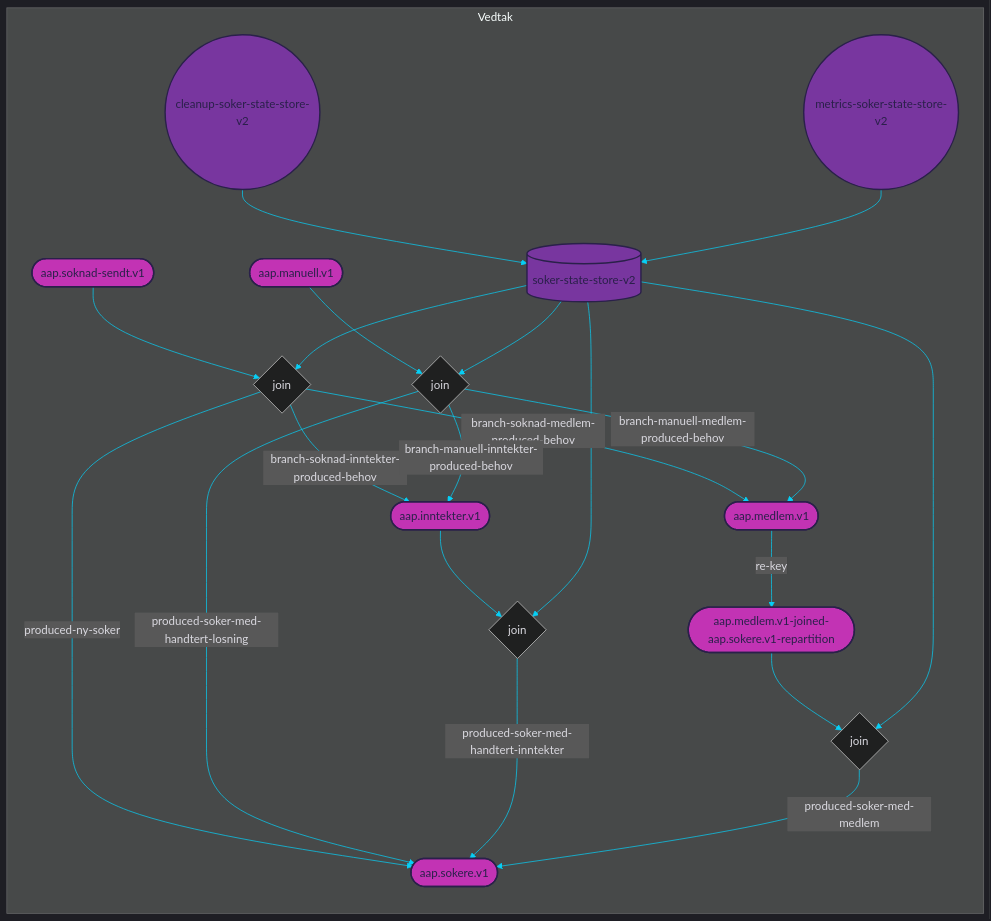
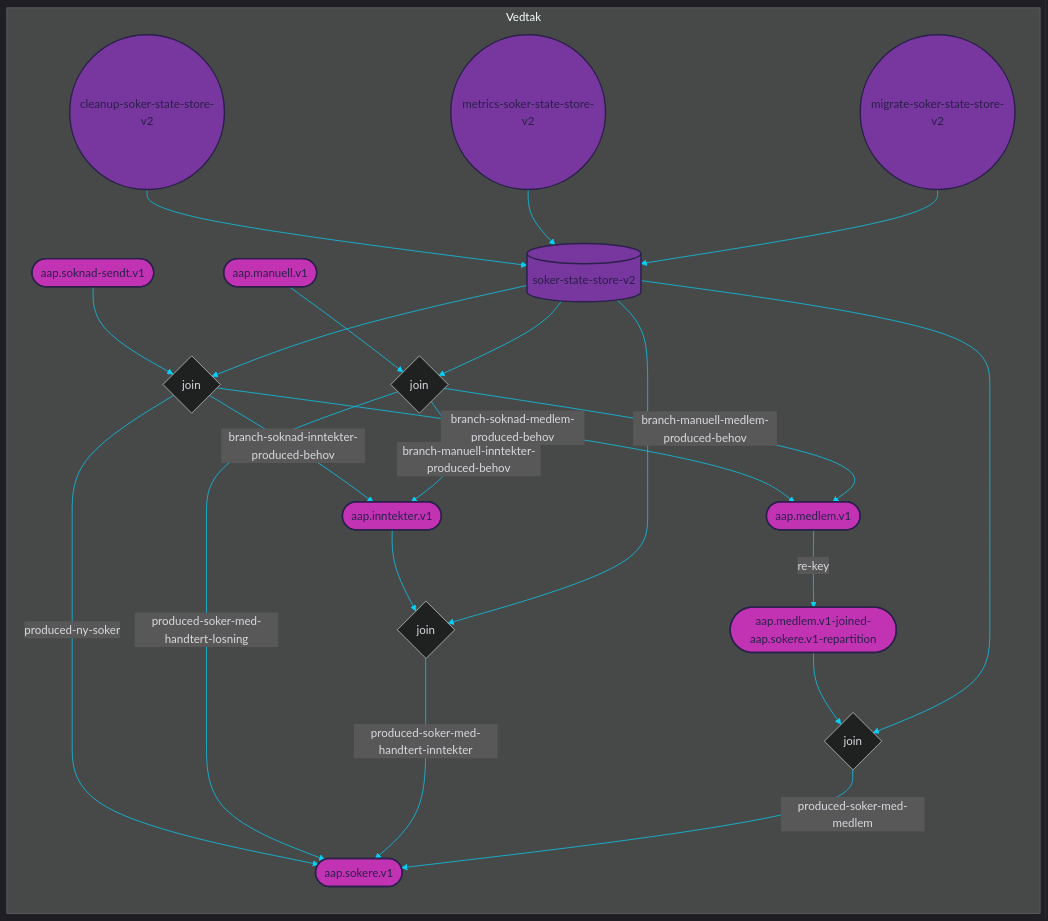
The diagram in doc/topology.mermaid (navikt/aap-vedtak), drawn with Mermaid before and after one commit. The commit also changed 2 other files, not shown here.

Commit message:
forsøker å migrere state store og log utfallet

```diff
--- a/doc/topology.mermaid
+++ b/doc/topology.mermaid
@@ -1,70 +1,73 @@
 
 %%{init: {'theme': 'dark', 'themeVariables': { 'primaryColor': '#07cff6', 'textColor': '#dad9e0', 'lineColor': '#07cff6'}}}%%
 
 graph LR
 
 subgraph Vedtak
     %% TOPICS
     aap.soknad-sendt.v1([aap.soknad-sendt.v1])
 	aap.manuell.v1([aap.manuell.v1])
 	aap.sokere.v1([aap.sokere.v1])
 	aap.inntekter.v1([aap.inntekter.v1])
 	aap.medlem.v1-joined-aap.sokere.v1-repartition([aap.medlem.v1-joined-aap.sokere.v1-repartition])
 	aap.medlem.v1([aap.medlem.v1])
     
     %% JOINS
     join-0{join}
 	join-1{join}
 	join-2{join}
 	join-3{join}
     
     %% STATE STORES
     soker-state-store-v2[(soker-state-store-v2)]
     
     %% PROCESSOR API JOBS
     cleanup-soker-state-store-v2((cleanup-soker-state-store-v2))
 	metrics-soker-state-store-v2((metrics-soker-state-store-v2))
+	migrate-soker-state-store-v2((migrate-soker-state-store-v2))
     
     %% JOIN STREAMS
     aap.soknad-sendt.v1 --> join-0
 	soker-state-store-v2 --> join-0
 	join-0 --> |produced-ny-soker| aap.sokere.v1
 	join-0 --> |branch-soknad-medlem-produced-behov| aap.medlem.v1
 	join-0 --> |branch-soknad-inntekter-produced-behov| aap.inntekter.v1
 	aap.manuell.v1 --> join-1
 	soker-state-store-v2 --> join-1
 	join-1 --> |branch-manuell-inntekter-produced-behov| aap.inntekter.v1
 	join-1 --> |branch-manuell-medlem-produced-behov| aap.medlem.v1
 	join-1 --> |produced-soker-med-handtert-losning| aap.sokere.v1
 	aap.inntekter.v1 --> join-2
 	soker-state-store-v2 --> join-2
 	join-2 --> |produced-soker-med-handtert-inntekter| aap.sokere.v1
 	aap.medlem.v1-joined-aap.sokere.v1-repartition --> join-3
 	soker-state-store-v2 --> join-3
 	join-3 --> |produced-soker-med-medlem| aap.sokere.v1
     
     %% JOB STREAMS
     cleanup-soker-state-store-v2 --> soker-state-store-v2
 	metrics-soker-state-store-v2 --> soker-state-store-v2
+	migrate-soker-state-store-v2 --> soker-state-store-v2
     
     %% REPARTITION STREAMS
     aap.medlem.v1 --> |re-key| aap.medlem.v1-joined-aap.sokere.v1-repartition
 end
 
 %% COLORS
 %% light    #dad9e0
 %% purple   #78369f
 %% pink     #c233b4
 %% dark     #2a204a
 %% blue     #07cff6
 
 %% STYLES
 style aap.soknad-sendt.v1 fill:#c233b4, stroke:#2a204a, stroke-width:2px, color:#2a204a
 style aap.manuell.v1 fill:#c233b4, stroke:#2a204a, stroke-width:2px, color:#2a204a
 style aap.sokere.v1 fill:#c233b4, stroke:#2a204a, stroke-width:2px, color:#2a204a
 style aap.inntekter.v1 fill:#c233b4, stroke:#2a204a, stroke-width:2px, color:#2a204a
 style aap.medlem.v1-joined-aap.sokere.v1-repartition fill:#c233b4, stroke:#2a204a, stroke-width:2px, color:#2a204a
 style aap.medlem.v1 fill:#c233b4, stroke:#2a204a, stroke-width:2px, color:#2a204a
 style soker-state-store-v2 fill:#78369f, stroke:#2a204a, stroke-width:2px, color:#2a204a
 style cleanup-soker-state-store-v2 fill:#78369f, stroke:#2a204a, stroke-width:2px, color:#2a204a
 style metrics-soker-state-store-v2 fill:#78369f, stroke:#2a204a, stroke-width:2px, color:#2a204a
+style migrate-soker-state-store-v2 fill:#78369f, stroke:#2a204a, stroke-width:2px, color:#2a204a
```
